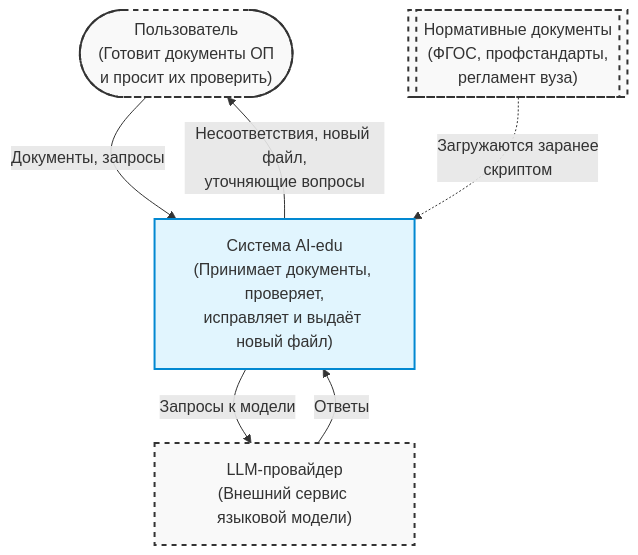
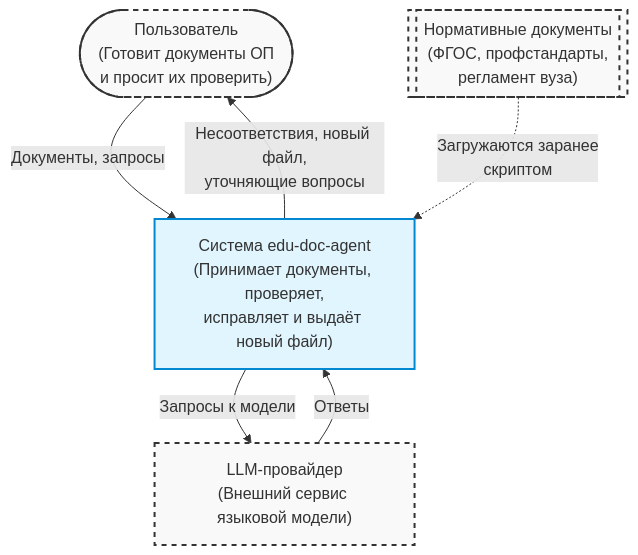
Before and after one commit to Apophis142/edu-doc-agent: the first of 3 diagrams in docs/backend-architecture.md, drawn with Mermaid. The commit also changed other lines of this file and 2 other files, not shown here.

Commit message:
docs(architecture): small fixes after review

````diff
--- a/docs/backend-architecture.md
+++ b/docs/backend-architecture.md
@@ -26,23 +27,23 @@
 ```mermaid
 flowchart TB
     USER(["Пользователь<br/>(Готовит документы ОП<br/>и просит их проверить)"])
 
-    SYSTEM["Система AI-edu<br/>(Принимает документы, проверяет,<br/>исправляет и выдаёт новый файл)"]
+    SYSTEM["Система edu-doc-agent<br/>(Принимает документы, проверяет,<br/>исправляет и выдаёт новый файл)"]
 
     LLM["LLM-провайдер<br/>(Внешний сервис языковой модели)"]
     NORMS[["Нормативные документы<br/>(ФГОС, профстандарты,<br/>регламент вуза)"]]
 
     USER -- "Документы, запросы" --> SYSTEM
     SYSTEM -- "Несоответствия, новый файл,<br/>уточняющие вопросы" --> USER
 
     SYSTEM -- "Запросы к модели" --> LLM
     LLM -- "Ответы" --> SYSTEM
 
     NORMS -. "Загружаются заранее<br/>скриптом" .-> SYSTEM
 
     classDef system fill:#e1f5fe,stroke:#0288d1,stroke-width:2px;
     classDef external fill:#f9f9f9,stroke:#333,stroke-width:2px,stroke-dasharray: 5 5;
 
     class SYSTEM system;
     class USER,LLM,NORMS external;
 ```
````
